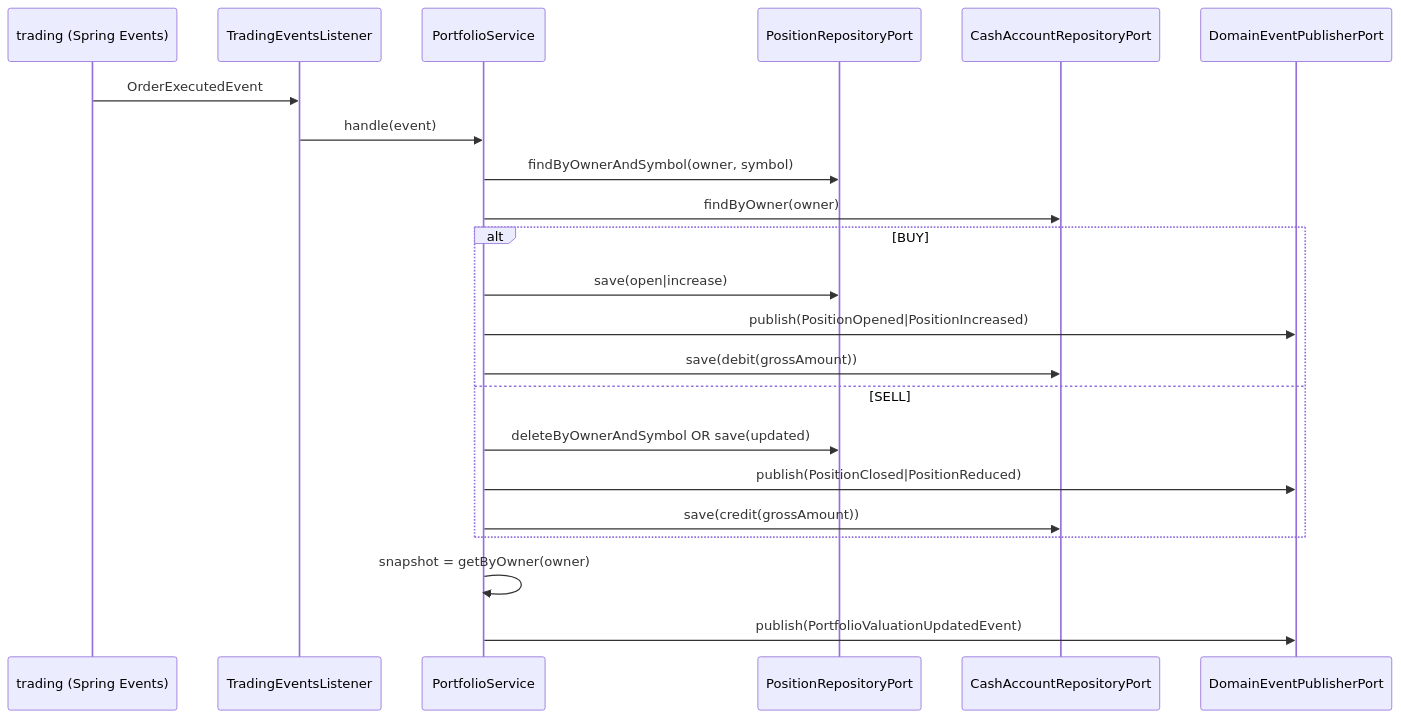
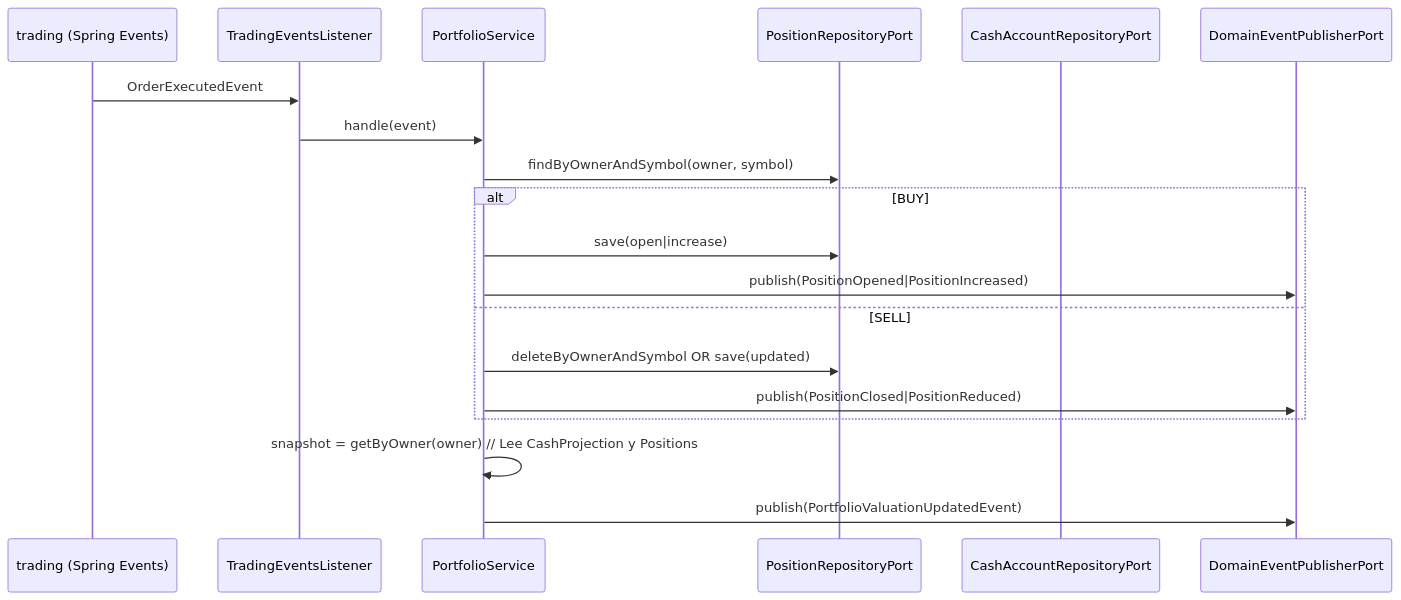
Before and after one commit to SergioGarciaRuiz557/EZTrade: the third of 3 diagrams in EZTrade/backend/src/main/java/com/trading/platform/eztrade/portfolio/portfolio.md, drawn with Mermaid. The commit also changed other lines of this file and 28 other files, not shown here.

````diff
--- a/EZTrade/backend/src/main/java/com/trading/platform/eztrade/portfolio/portfolio.md
+++ b/EZTrade/backend/src/main/java/com/trading/platform/eztrade/portfolio/portfolio.md
@@ -181,25 +193,22 @@
 ```mermaid
 sequenceDiagram
   participant T as trading (Spring Events)
   participant L as TradingEventsListener
   participant A as PortfolioService
   participant P as PositionRepositoryPort
   participant C as CashAccountRepositoryPort
   participant E as DomainEventPublisherPort
 
   T->>L: OrderExecutedEvent
   L->>A: handle(event)
   A->>P: findByOwnerAndSymbol(owner, symbol)
-  A->>C: findByOwner(owner)
   alt BUY
 	A->>P: save(open|increase)
 	A->>E: publish(PositionOpened|PositionIncreased)
-	A->>C: save(debit(grossAmount))
   else SELL
 	A->>P: deleteByOwnerAndSymbol OR save(updated)
 	A->>E: publish(PositionClosed|PositionReduced)
-	A->>C: save(credit(grossAmount))
   end
-  A->>A: snapshot = getByOwner(owner)
+  A->>A: snapshot = getByOwner(owner) // Lee CashProjection y Positions
   A->>E: publish(PortfolioValuationUpdatedEvent)
 ```
````
